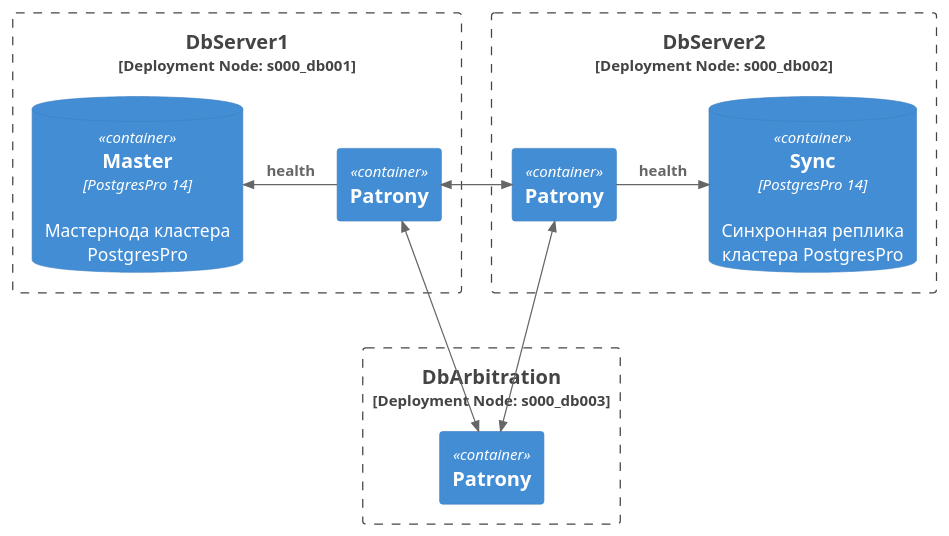
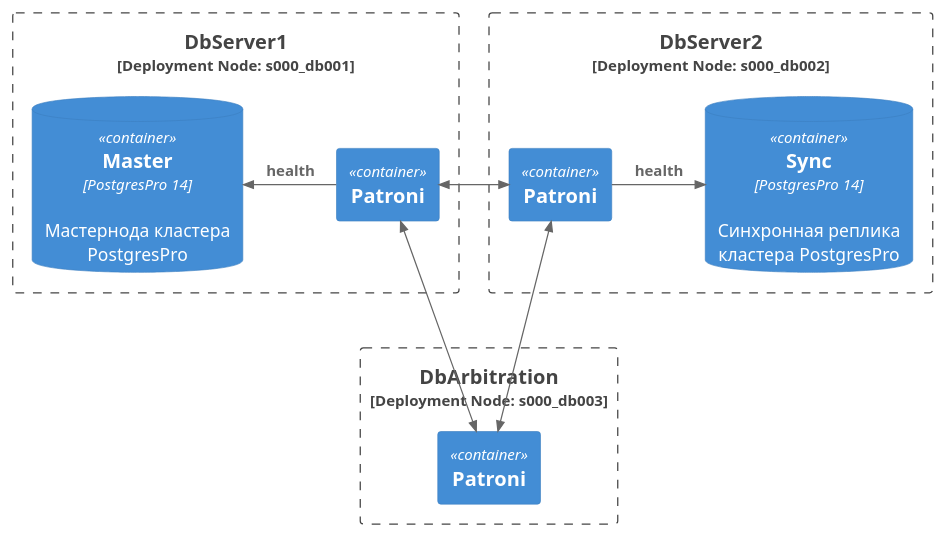
One commit to gGerret/otus-project changed the diagram in Postgres.puml. Above: the diagram before and after it, drawn with PlantUML. The commit also changed 1 other file, not shown here.

Commit message:
fix patroni name

```diff
--- a/Postgres.puml
+++ b/Postgres.puml
@@ -1,26 +1,26 @@
 @startuml
 
 !include https://raw.githubusercontent.com/plantuml-stdlib/C4-PlantUML/master/C4_Container.puml
 
 Boundary(dbnode1, "DbServer1", "Deployment Node: s000_db001") {
     ContainerDb(master, "Master", "PostgresPro 14", "Мастернода кластера PostgresPro")
-    Container(patrony1, "Patrony", "", "")
-    Rel_L(patrony1, master, "health")
-    Lay_L(patrony1, master)
+    Container(patroni1, "Patroni", "", "")
+    Rel_L(patroni1, master, "health")
+    Lay_L(patroni1, master)
 }
 
 Boundary(dbnode2, "DbServer2", "Deployment Node: s000_db002") {
-    Container(patrony2, "Patrony", "", "")
+    Container(patroni2, "Patroni", "", "")
     ContainerDb(sync, "Sync", "PostgresPro 14", "Синхронная реплика кластера PostgresPro")
-    Rel_R(patrony2, sync, "health")
-    Lay_R(patrony2, sync)
+    Rel_R(patroni2, sync, "health")
+    Lay_R(patroni2, sync)
 }
 
 Boundary(dbnode3, "DbArbitration", "Deployment Node: s000_db003") {
-    Container(patrony3, "Patrony", "", "")
+    Container(patroni3, "Patroni", "", "")
 }
-BiRel_L(patrony3, patrony1, "")
-BiRel_L(patrony1, patrony2, "")
-BiRel(patrony2, patrony3, "")
+BiRel_L(patroni3, patroni1, "")
+BiRel_L(patroni1, patroni2, "")
+BiRel(patroni2, patroni3, "")
 
 @enduml
```
